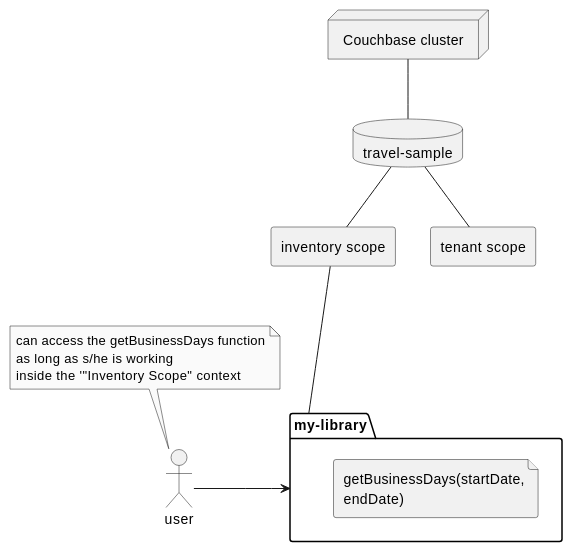
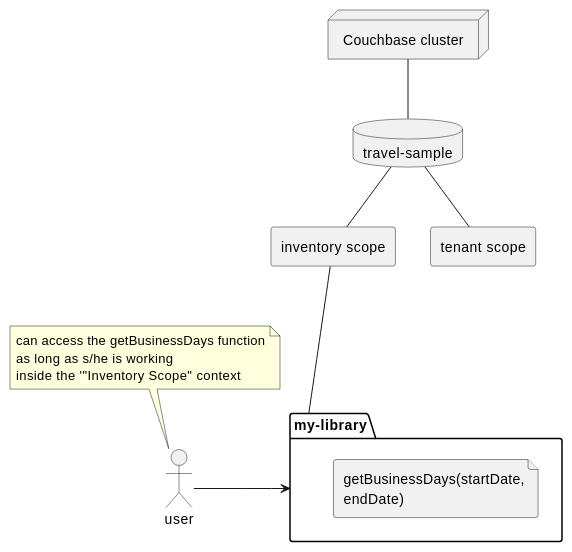
One commit to couchbase/docs-server changed the fifth of 5 diagrams in modules/guides/partials/javascript-udfs/diagrams-plantuml.adoc. Above: the diagram before and after it, drawn with PlantUML. The commit also changed 15 other files, not shown here.

```diff
--- a/modules/guides/partials/javascript-udfs/diagrams-plantuml.adoc
+++ b/modules/guides/partials/javascript-udfs/diagrams-plantuml.adoc
@@ -92,37 +92,36 @@
 [plantuml]
 ----
 @startuml
 
-skinparam monochrome true
 allow_mixing
 
 package "my-library" as MyLibrary {
    file "getBusinessDays(startDate, \nendDate)" as getBusinessDays
 }
  
 actor "user" as user
 
 node "Couchbase cluster" as cluster
 
 database "travel-sample" as bucket
 
 rectangle "inventory scope" as inventory
 rectangle "tenant scope" as tenant
 
 
 cluster -- bucket
 bucket -- inventory
 bucket -- tenant
 
 inventory --- MyLibrary
 
 user ---right---> MyLibrary
 
 note top of user
   can access the getBusinessDays function
   as long as s/he is working 
   inside the '"Inventory Scope" context
 end note
 
 @enduml
 ----
```
